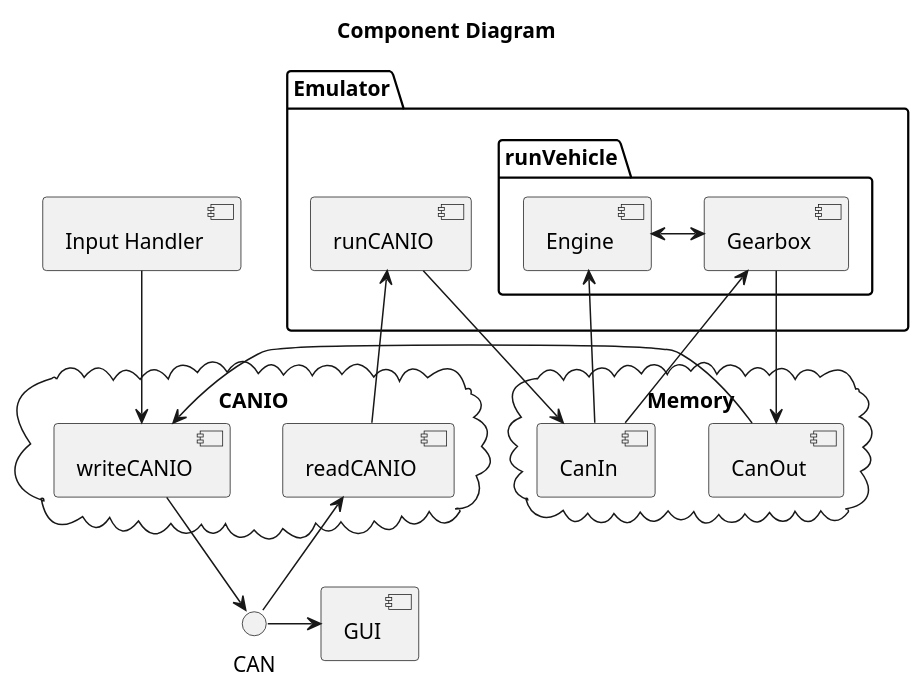
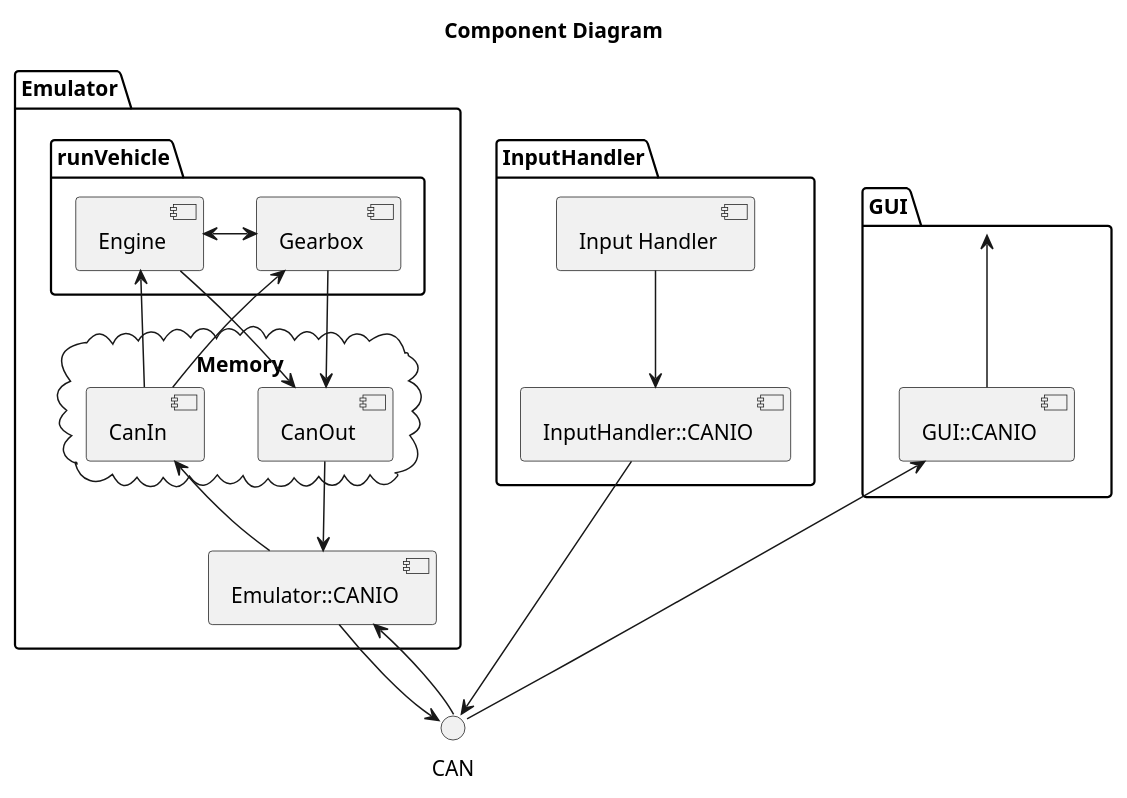
The diagram in Docs/src/component_diagram.wsd (SubspaceBob/bootcamp_project), drawn with PlantUML before and after one commit.

Commit message:
Update (#32)

```diff
--- a/Docs/src/component_diagram.wsd
+++ b/Docs/src/component_diagram.wsd
@@ -1,36 +1,41 @@
 @startuml
 title Component Diagram
 
+package "InputHandler" {
+    [Input Handler] --> [InputHandler::CANIO]
+    [InputHandler::CANIO]
+}
+
 package "Emulator"{
-    [runCANIO]
+    [Emulator::CANIO]
     package "runVehicle" {
-        [Engine]
-        [Gearbox]
-    }    
-}
-cloud "CANIO" {
-    [readCANIO]
-    [writeCANIO]
-}
-cloud "Memory"{
+        [Engine] <-> [Gearbox]
+    }  
+    cloud "Memory"{
     [CanIn]
     [CanOut]
+    }  
+    
 }
 
-[Input Handler] --> [writeCANIO]
-[writeCANIO] --> CAN
+package "GUI" {
+    [GUI] <-- [GUI::CANIO]
+}
 
-[runCANIO] <- [readCANIO]
-[readCANIO] <- CAN
-[runCANIO] -> [CanIn]
+[InputHandler::CANIO] ---> CAN
+
+[Engine] -> [CanOut]
+[Gearbox]<--[CanIn]
+[Gearbox] -> [CanOut]
+[CanOut] -> [Emulator::CANIO]
+[CanIn] <-- [Emulator::CANIO] 
+[Emulator::CANIO] <-- CAN 
+[Emulator::CANIO] -> CAN
+
 
 [Engine] <--[CanIn]
-[Engine] <-> [Gearbox]
-[Gearbox]<-[CanIn]
-[Gearbox] -> [CanOut]
-[CanOut] -> [writeCANIO]
 
-CAN -> [GUI]
+[GUI::CANIO] <--- CAN 
 
 
 @enduml
```
